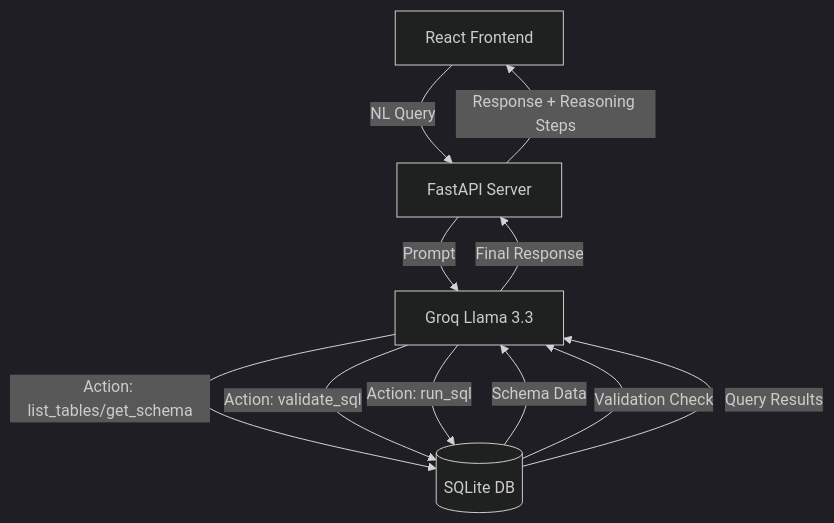
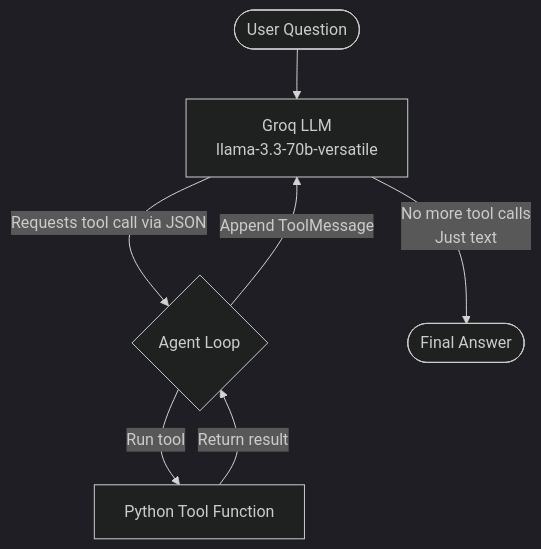
One commit to Srikanth-15L/NaturalLanguageToSQL changed the first of 2 diagrams in README.md. Above: the diagram before and after it, drawn with Mermaid (dark theme). The commit also changed other lines of this file and 1 other file, not shown here.

Commit message:
Switch search_agent to Groq, update README with concept explanation and run commands

````diff
--- a/README.md
+++ b/README.md
@@ -67,13 +33,9 @@
 ```mermaid
 graph TD
-    Client[React Frontend] -->|NL Query| API[FastAPI Server]
-    API -->|Prompt| LLM[Groq Llama 3.3]
-    LLM -->|Action: list_tables/get_schema| DB[(SQLite DB)]
-    DB -->|Schema Data| LLM
-    LLM -->|Action: validate_sql| DB
-    DB -->|Validation Check| LLM
-    LLM -->|Action: run_sql| DB
-    DB -->|Query Results| LLM
-    LLM -->|Final Response| API
-    API -->|Response + Reasoning Steps| Client
+    User([User Question]) --> LLM[Groq LLM\nllama-3.3-70b-versatile]
+    LLM -->|Requests tool call via JSON| Loop{Agent Loop}
+    Loop -->|Run tool| Tool[Python Tool Function]
+    Tool -->|Return result| Loop
+    Loop -->|Append ToolMessage| LLM
+    LLM -->|No more tool calls\nJust text| Answer([Final Answer])
 ```
````
